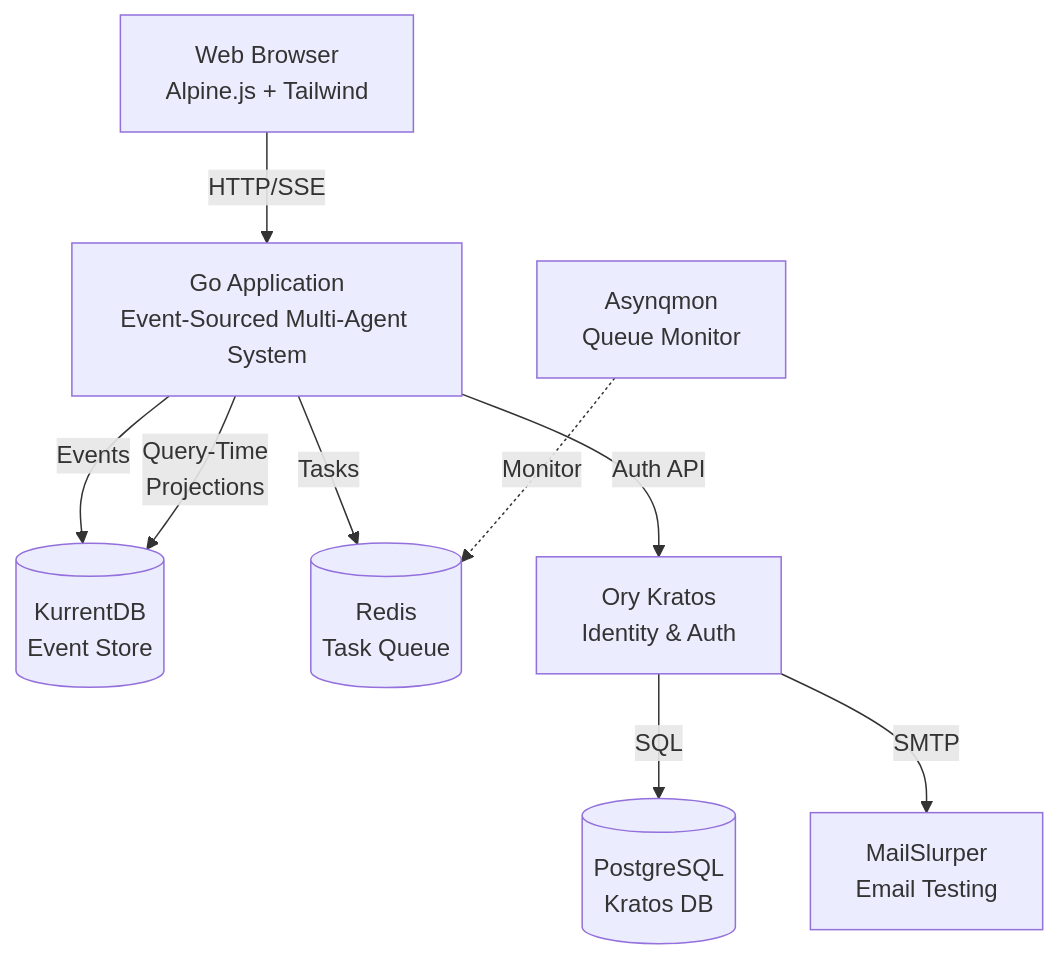
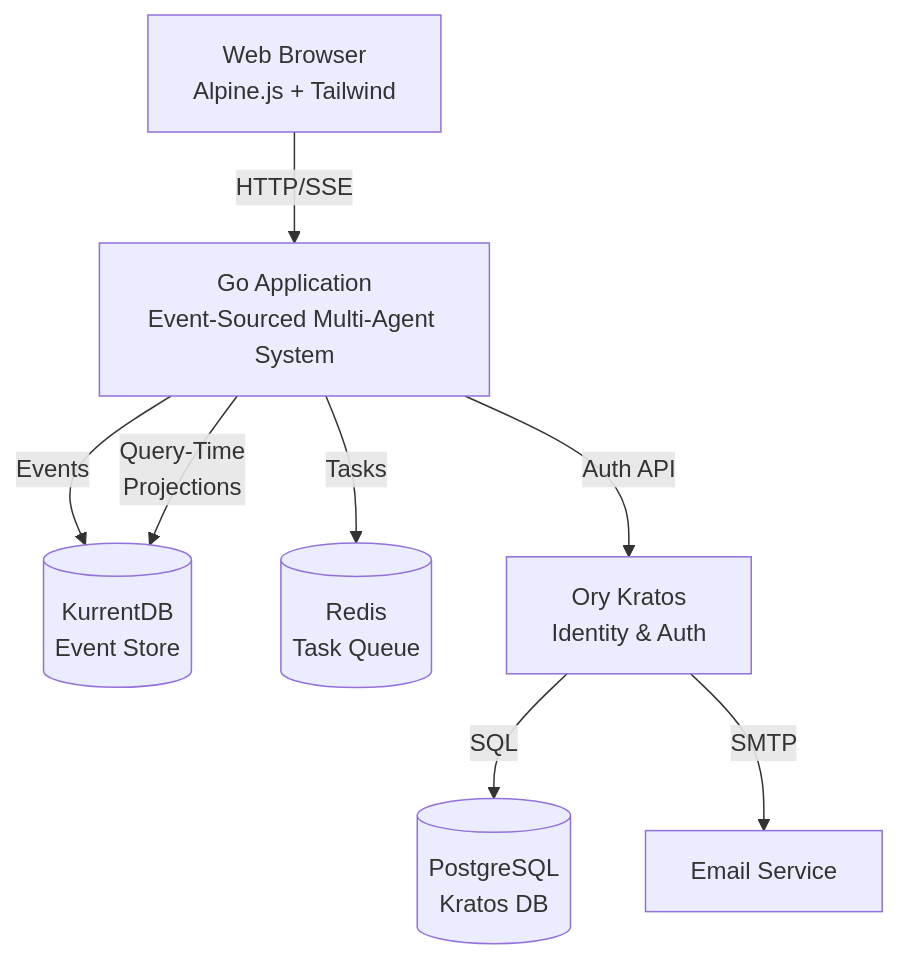
One commit to MKAPersonalOrganization/AgenticWorkflowPlatform changed the diagram in README.md. Above: the diagram before and after it, drawn with Mermaid. The commit also changed other lines of this file, not shown here.

Commit message:
feat: Update README to replace Asynqmon and MailSlurper with EmailService for email handling

````diff
--- a/README.md
+++ b/README.md
@@ -7,25 +7,22 @@
 ```mermaid
 graph TB
     Browser[Web Browser<br/>Alpine.js + Tailwind]
     
     GoApp[Go Application<br/>Event-Sourced Multi-Agent System]
     
     KurrentDB[(KurrentDB<br/>Event Store)]
     Redis[(Redis<br/>Task Queue)]
     Kratos[Ory Kratos<br/>Identity & Auth]
     Postgres[(PostgreSQL<br/>Kratos DB)]
     
-    Asynqmon[Asynqmon<br/>Queue Monitor]
-    MailSlurper[MailSlurper<br/>Email Testing]
+    EmailService[Email Service]
     
     Browser -->|HTTP/SSE| GoApp
     GoApp -->|Events| KurrentDB
     GoApp -->|Query-Time<br/>Projections| KurrentDB
     GoApp -->|Tasks| Redis
     GoApp -->|Auth API| Kratos
     
     Kratos -->|SQL| Postgres
-    Kratos -->|SMTP| MailSlurper
-    
-    Asynqmon -.->|Monitor| Redis
+    Kratos -->|SMTP| EmailService
 ```
````
